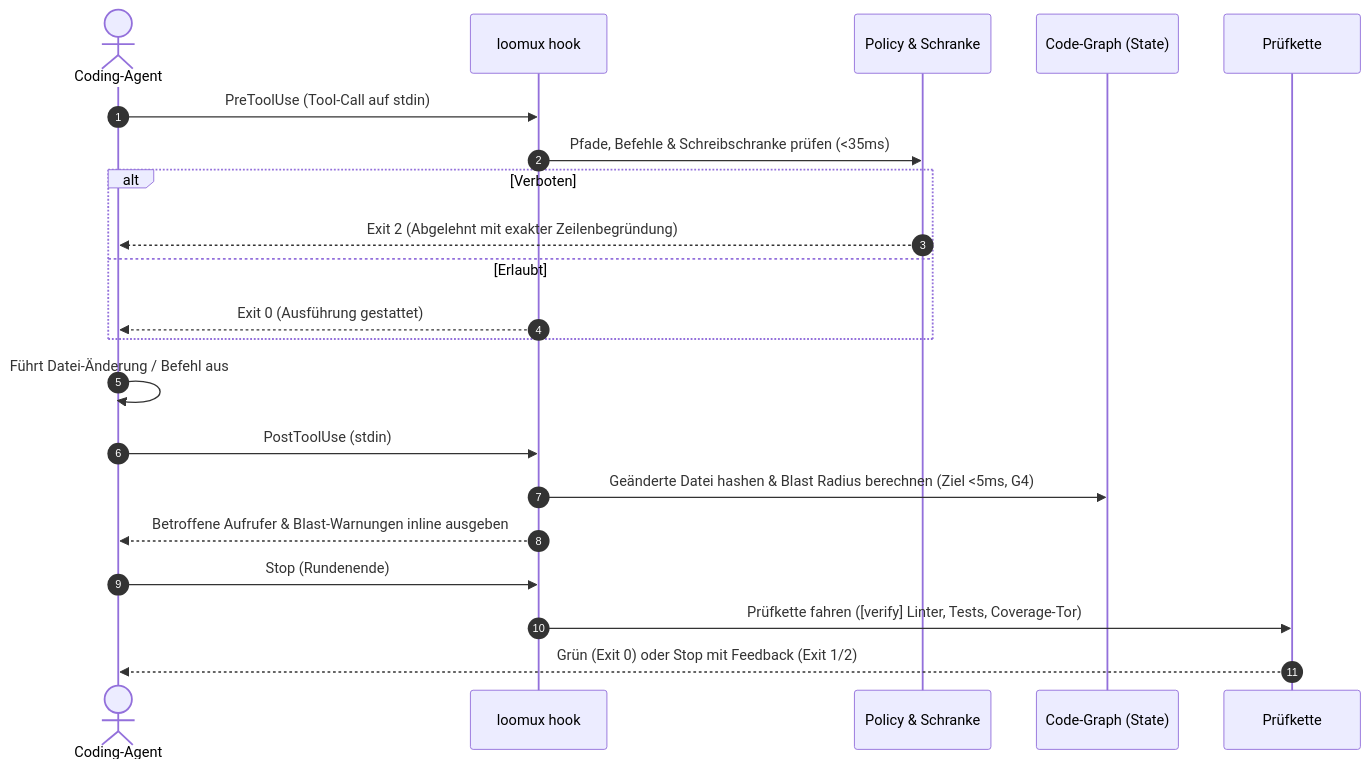
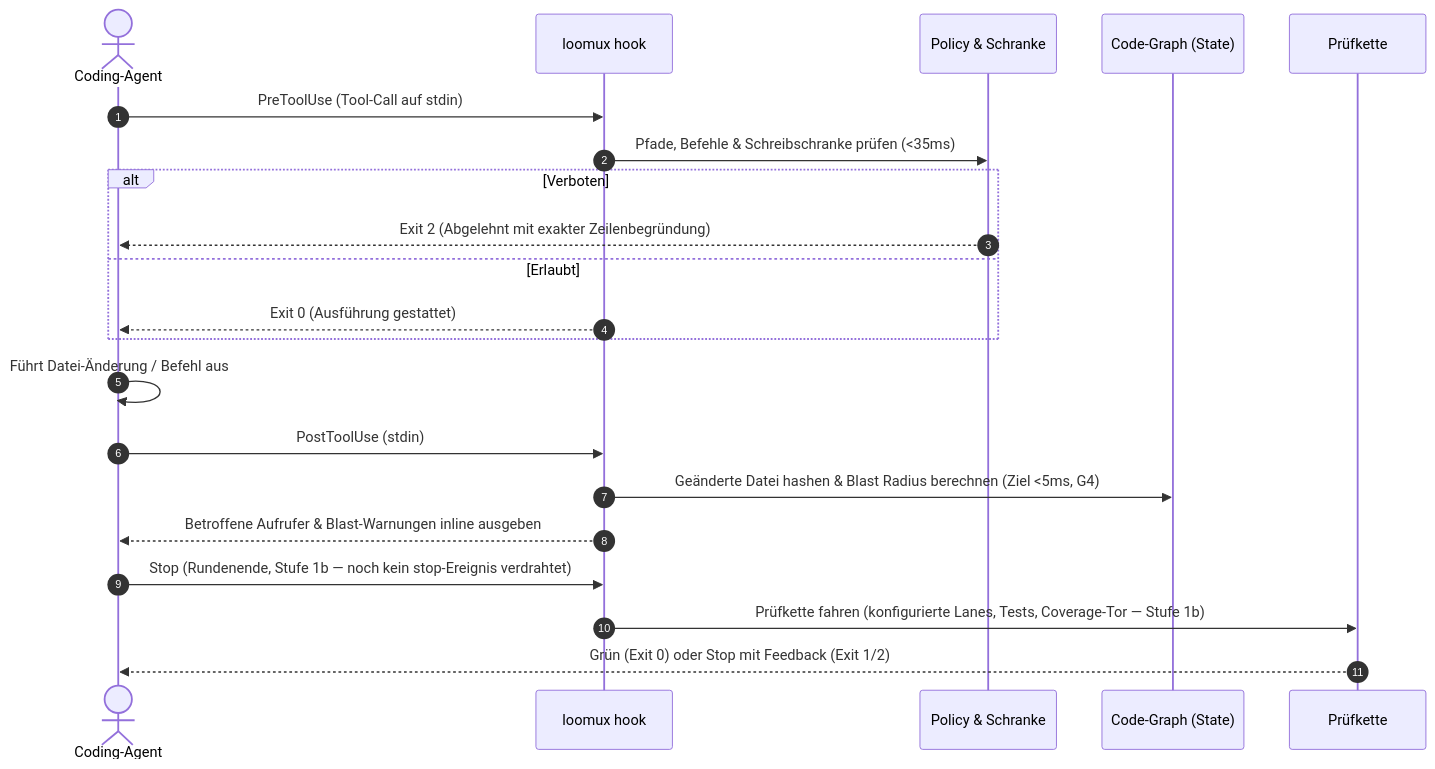
One commit to xidus90/loomux changed the second of 4 diagrams in README.de.md. Above: the diagram before and after it, drawn with Mermaid. The commit also changed other lines of this file and 3 other files, not shown here.

````diff
--- a/README.de.md
+++ b/README.de.md
@@ -46,27 +46,27 @@
 ```mermaid
 sequenceDiagram
     autonumber
     actor Agent as Coding-Agent
     participant Hook as loomux hook
     participant Policy as Policy & Schranke
     participant Graph as Code-Graph (State)
     participant Verify as Prüfkette
 
     Agent->>Hook: PreToolUse (Tool-Call auf stdin)
     Hook->>Policy: Pfade, Befehle & Schreibschranke prüfen (<35ms)
     alt Verboten
         Policy-->>Agent: Exit 2 (Abgelehnt mit exakter Zeilenbegründung)
     else Erlaubt
         Hook-->>Agent: Exit 0 (Ausführung gestattet)
     end
 
     Agent->>Agent: Führt Datei-Änderung / Befehl aus
 
     Agent->>Hook: PostToolUse (stdin)
     Hook->>Graph: Geänderte Datei hashen & Blast Radius berechnen (Ziel <5ms, G4)
     Hook-->>Agent: Betroffene Aufrufer & Blast-Warnungen inline ausgeben
 
-    Agent->>Hook: Stop (Rundenende)
-    Hook->>Verify: Prüfkette fahren ([verify] Linter, Tests, Coverage-Tor)
+    Agent->>Hook: Stop (Rundenende, Stufe 1b — noch kein stop-Ereignis verdrahtet)
+    Hook->>Verify: Prüfkette fahren (konfigurierte Lanes, Tests, Coverage-Tor — Stufe 1b)
     Verify-->>Agent: Grün (Exit 0) oder Stop mit Feedback (Exit 1/2)
 ```
````
